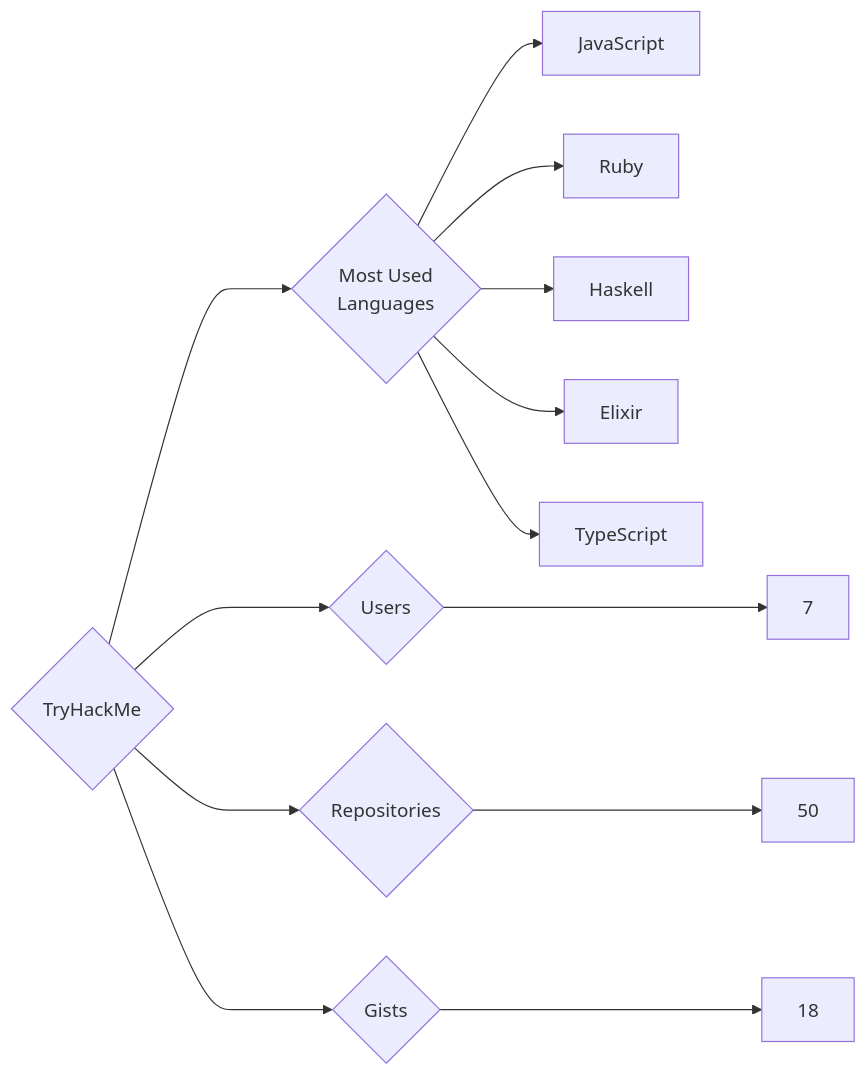
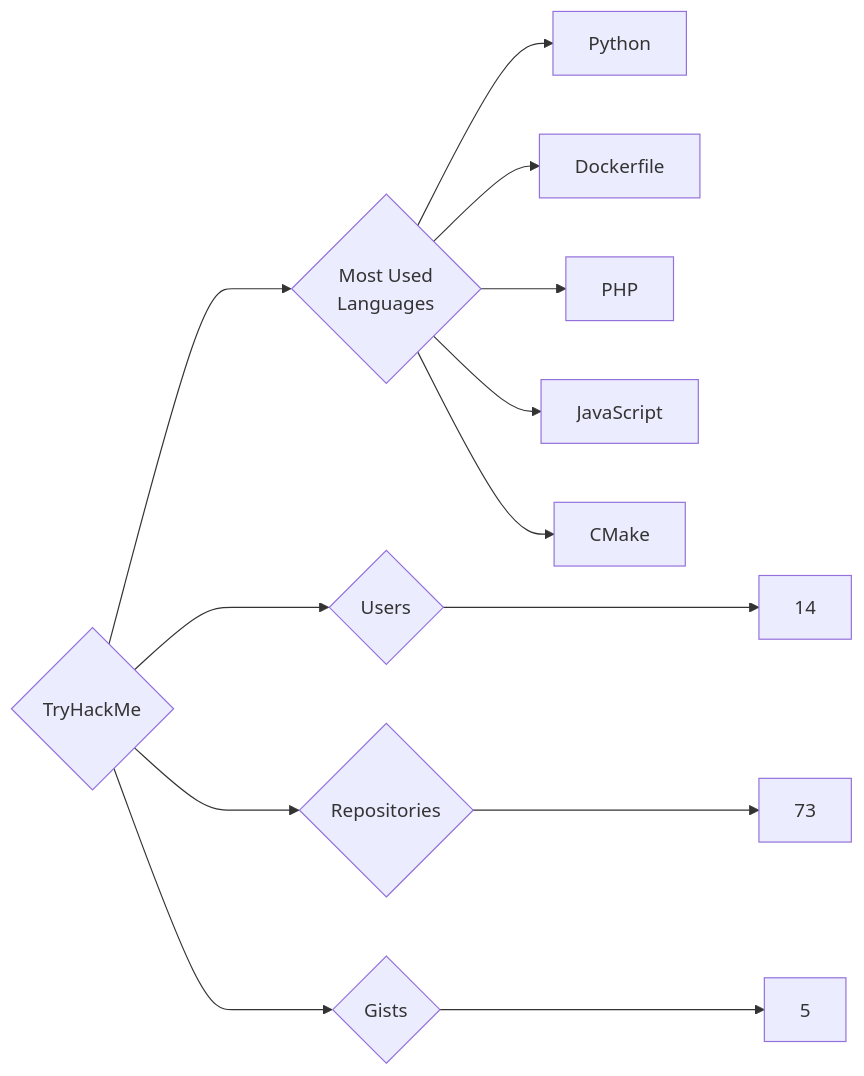
Before and after one commit to trickest/insiders: the diagram in targets/TryHackMe/README.md, drawn with Mermaid. The commit also changed 1696 other files, not shown here.

````diff
--- a/targets/TryHackMe/README.md
+++ b/targets/TryHackMe/README.md
@@ -3,13 +3,13 @@
 ```mermaid
 graph LR
 COMPANY_NAME{TryHackMe}
-COMPANY_NAME ---> U{Users} ---> UN[7]
-COMPANY_NAME ---> R{Repositories} ---> RN[50]
-COMPANY_NAME ---> G{Gists} ---> GN[18]
+COMPANY_NAME ---> U{Users} ---> UN[14]
+COMPANY_NAME ---> R{Repositories} ---> RN[73]
+COMPANY_NAME ---> G{Gists} ---> GN[5]
 COMPANY_NAME ---> ML{Most Used<br>Languages}
+ML --> Python[Python]
+ML --> Dockerfile[Dockerfile]
+ML --> PHP[PHP]
 ML --> JavaScript[JavaScript]
-ML --> Ruby[Ruby]
-ML --> Haskell[Haskell]
-ML --> Elixir[Elixir]
-ML --> TypeScript[TypeScript]
+ML --> CMake[CMake]
 ```
````
